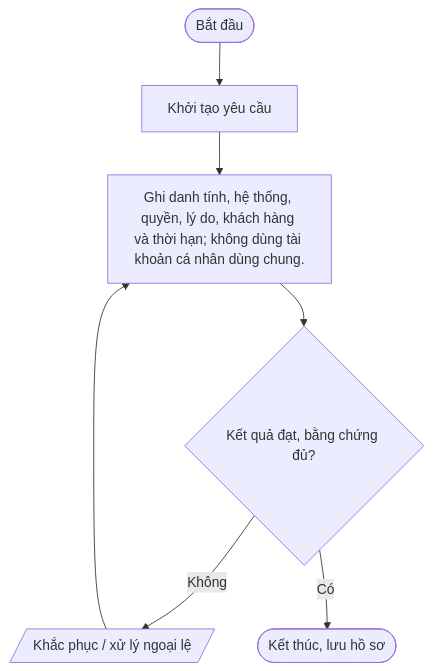
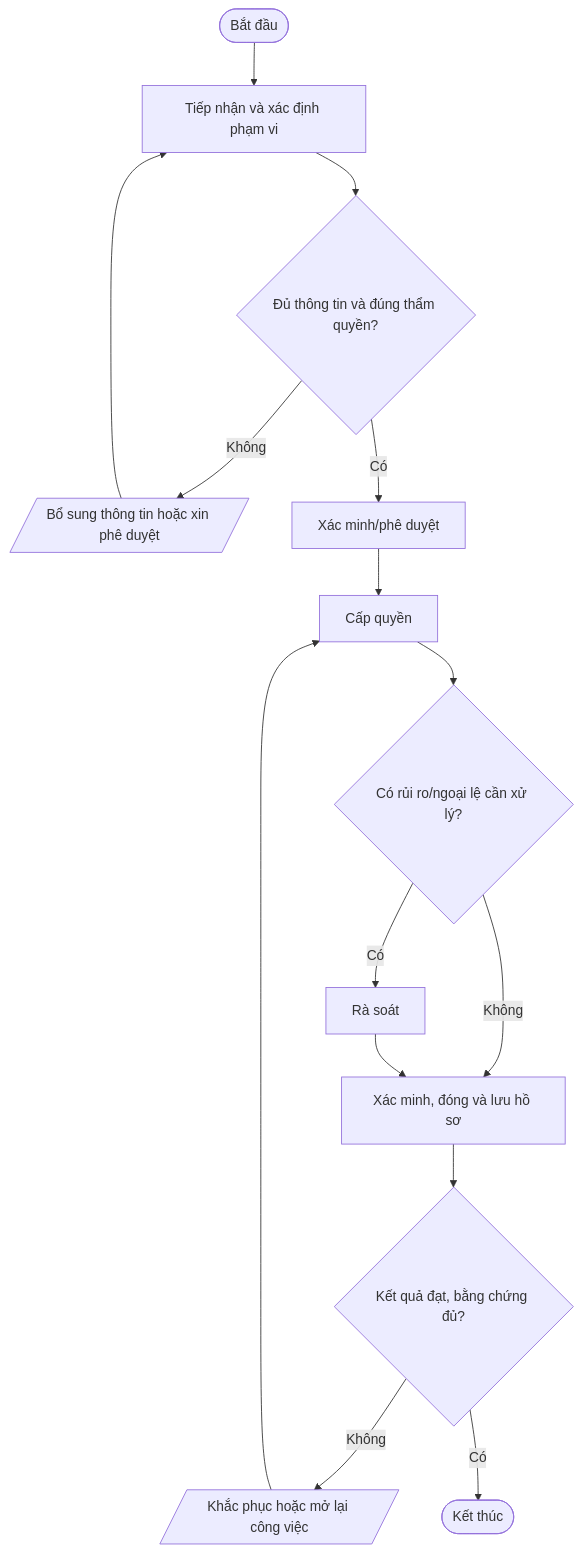
The first of 11 diagrams in quy-trinh/03-An-toan-thong-tin/README.md (daoaigiangnam/Quy_Trinh_Chuan), drawn with Mermaid before and after one commit. The commit also changed other lines of this file, not shown here.

Commit message:
docs: refine detailed procedure steps and Mermaid flowcharts

````diff
--- a/quy-trinh/03-An-toan-thong-tin/README.md
+++ b/quy-trinh/03-An-toan-thong-tin/README.md
@@ -54,11 +57,17 @@
 ```mermaid
 flowchart TD
-  A([Bắt đầu]) --> S1
-  S1["Khởi tạo yêu cầu"]
-  S2["Ghi danh tính, hệ thống, quyền, lý do, khách hàng và thời hạn; không dùng tài khoản cá nhân dùng chung."]
-  S1 --> S2
-  S2 --> D2{"Kết quả đạt, bằng chứng đủ?"}
-  D2 -- Không --> REWORK[/"Khắc phục / xử lý ngoại lệ"/]
-  REWORK --> S2
-  D2 -- Có --> Z([Kết thúc, lưu hồ sơ])
+  A([Bắt đầu]) --> S1["Tiếp nhận và xác định phạm vi"]
+  S1 --> D1{"Đủ thông tin và đúng thẩm quyền?"}
+  D1 -- Không --> F1[/"Bổ sung thông tin hoặc xin phê duyệt"/]
+  F1 --> S1
+  D1 -- Có --> S2["Xác minh/phê duyệt"]
+  S2 --> S3["Cấp quyền"]
+  S3 --> D2{"Có rủi ro/ngoại lệ cần xử lý?"}
+  D2 -- Có --> S4["Rà soát"]
+  D2 -- Không --> S5["Xác minh, đóng và lưu hồ sơ"]
+  S4 --> S5
+  S5 --> D3{"Kết quả đạt, bằng chứng đủ?"}
+  D3 -- Không --> R[/"Khắc phục hoặc mở lại công việc"/]
+  R --> S3
+  D3 -- Có --> Z([Kết thúc])
 ```
````
